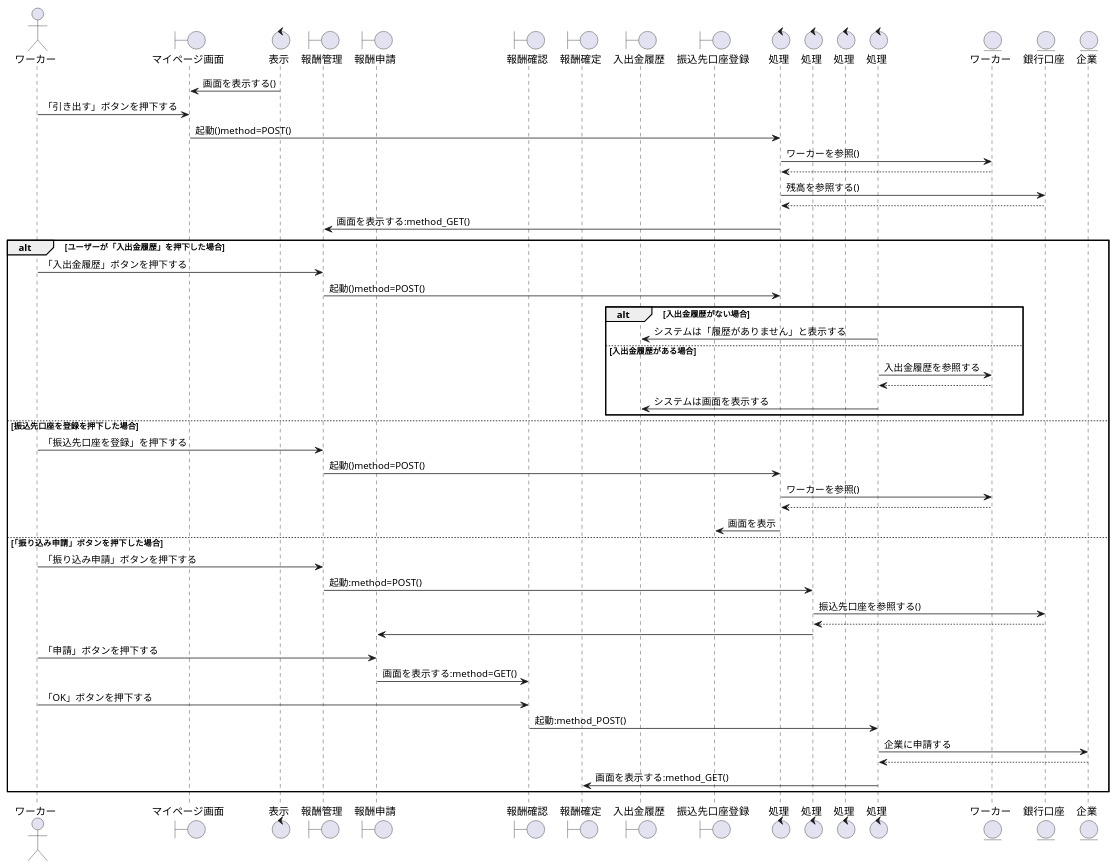
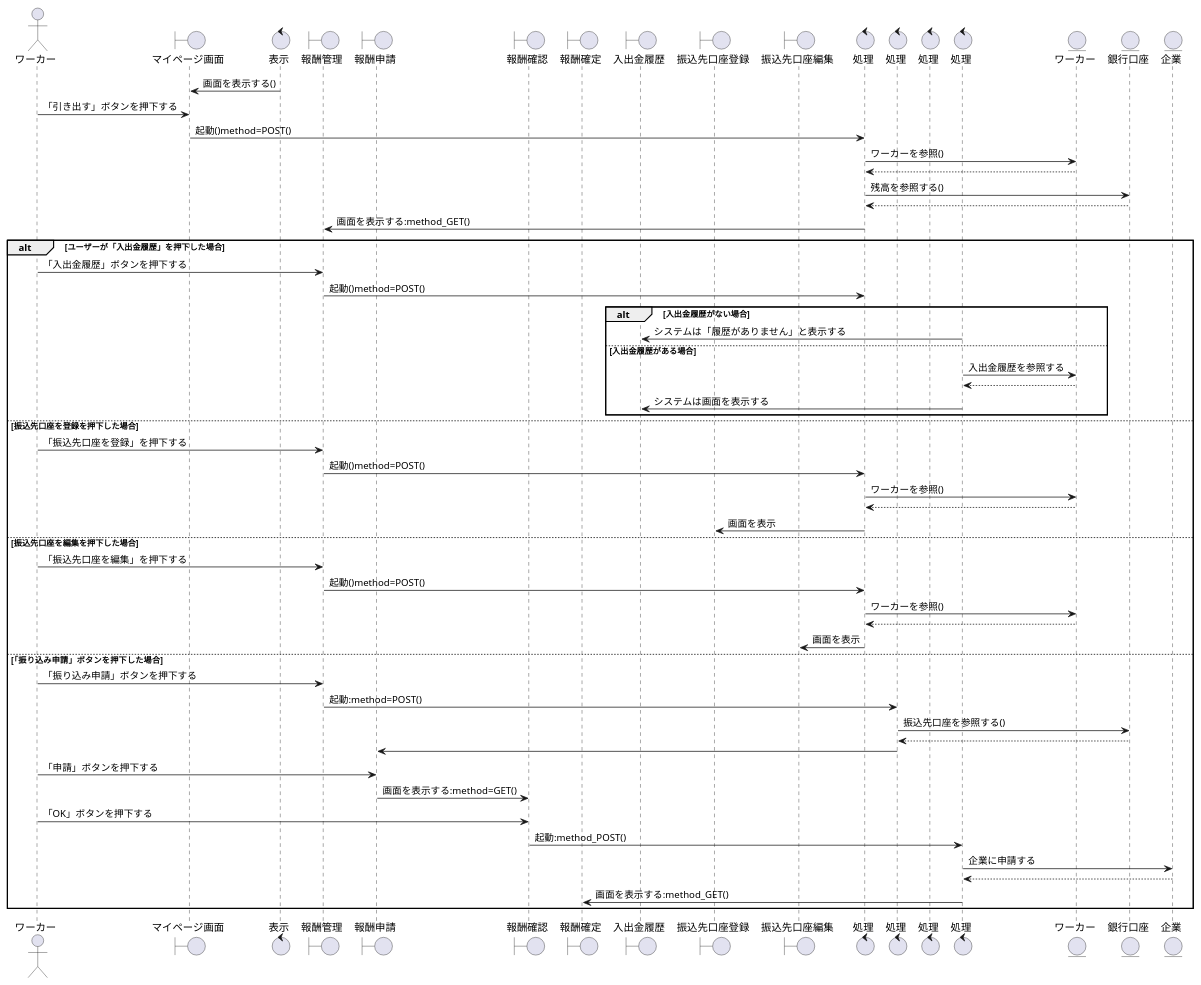
Before and after one commit to irukacb256/high_Me: the diagram in sequence_fig/7_acconts_fn/03_ウォレット残高を引き出す.pu, drawn with PlantUML.

```diff
--- a/sequence_fig/7_acconts_fn/03_ウォレット残高を引き出す.pu
+++ b/sequence_fig/7_acconts_fn/03_ウォレット残高を引き出す.pu
@@ -1,73 +1,81 @@
 @startuml ウォレット残高を引き出す
 
 ' 1
 actor ワーカー as wo1
 
 boundary マイページ画面 as bo1
 control 表示 as co1
 boundary 報酬管理 as bo2
 boundary 報酬申請 as bo3 
 boundary 報酬確認 as bo4
 boundary 報酬確定 as bo5
 boundary 入出金履歴 as bo6
 boundary 振込先口座登録 as bo7
+boundary 振込先口座編集 as bo8
 
 control 処理 as co2
 control 処理 as co3
 control 処理 as co4
 control 処理 as co5
 
 entity ワーカー as en1
 entity 銀行口座 as en2
 entity 企業 as en3
 
 
 co1 -> bo1 : 画面を表示する()
 wo1 -> bo1 :「引き出す」ボタンを押下する
 bo1 -> co2 : 起動()method=POST()
 co2 -> en1 : ワーカーを参照()
 en1 --> co2
 co2 -> en2 : 残高を参照する()
 co2 <-- en2
 co2 -> bo2 : 画面を表示する:method_GET()
 
 alt ユーザーが「入出金履歴」を押下した場合
   wo1 -> bo2 :「入出金履歴」ボタンを押下する
   bo2 -> co2 : 起動()method=POST()
 
   alt 入出金履歴がない場合
     co5 -> bo6 : システムは「履歴がありません」と表示する
   
   else 入出金履歴がある場合
     co5 -> en1 : 入出金履歴を参照する
     co5 <-- en1
     co5 -> bo6 : システムは画面を表示する
 
   end
 
   else 振込先口座を登録を押下した場合
     wo1 -> bo2 : 「振込先口座を登録」を押下する
     bo2 -> co2 : 起動()method=POST()
     co2 -> en1 : ワーカーを参照()
     en1 --> co2
     co2 -> bo7 : 画面を表示
 
+  else 振込先口座を編集を押下した場合
+    wo1 -> bo2 : 「振込先口座を編集」を押下する
+    bo2 -> co2 : 起動()method=POST()
+    co2 -> en1 : ワーカーを参照()
+    en1 --> co2
+    co2 -> bo8 : 画面を表示
+
 
 
 else  「振り込み申請」ボタンを押下した場合
   wo1 -> bo2 :「振り込み申請」ボタンを押下する
   bo2 -> co3 : 起動:method=POST()
   co3 -> en2 : 振込先口座を参照する()
   co3 <-- en2
   co3 -> bo3
   wo1 -> bo3 : 「申請」ボタンを押下する
   bo3 -> bo4 : 画面を表示する:method=GET()
   wo1 -> bo4 : 「OK」ボタンを押下する
   bo4 -> co5 : 起動:method_POST()
   co5 -> en3 : 企業に申請する
   co5 <-- en3
   co5 -> bo5 : 画面を表示する:method_GET()
 
 end
 
 @enduml
```
